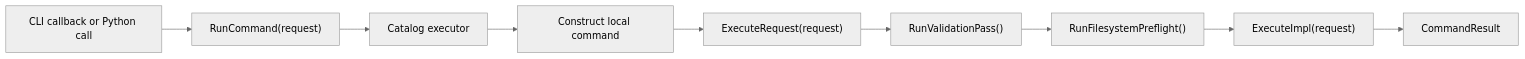
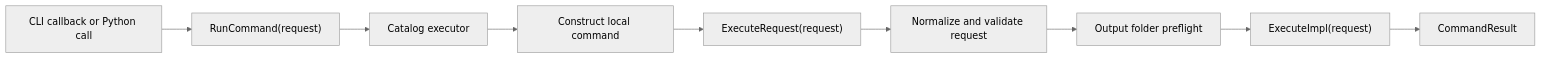
One commit to yslianTim/rhbm_gem changed the diagram in docs/developer/architecture/command-architecture.md. Above: the diagram before and after it, drawn with Mermaid (neutral theme). The commit also changed other lines of this file and 11 other files, not shown here.

````diff
--- a/docs/developer/architecture/command-architecture.md
+++ b/docs/developer/architecture/command-architecture.md
@@ -93,11 +93,11 @@
 ```mermaid
 flowchart LR
     A["CLI callback or Python call"] --> B["RunCommand(request)"]
     B --> C["Catalog executor"]
     C --> D["Construct local command"]
     D --> E["ExecuteRequest(request)"]
-    E --> F["RunValidationPass()"]
-    F --> G["RunFilesystemPreflight()"]
+    E --> F["Normalize and validate request"]
+    F --> G["Output folder preflight"]
     G --> H["ExecuteImpl(request)"]
     H --> I["CommandResult"]
 ```
````
